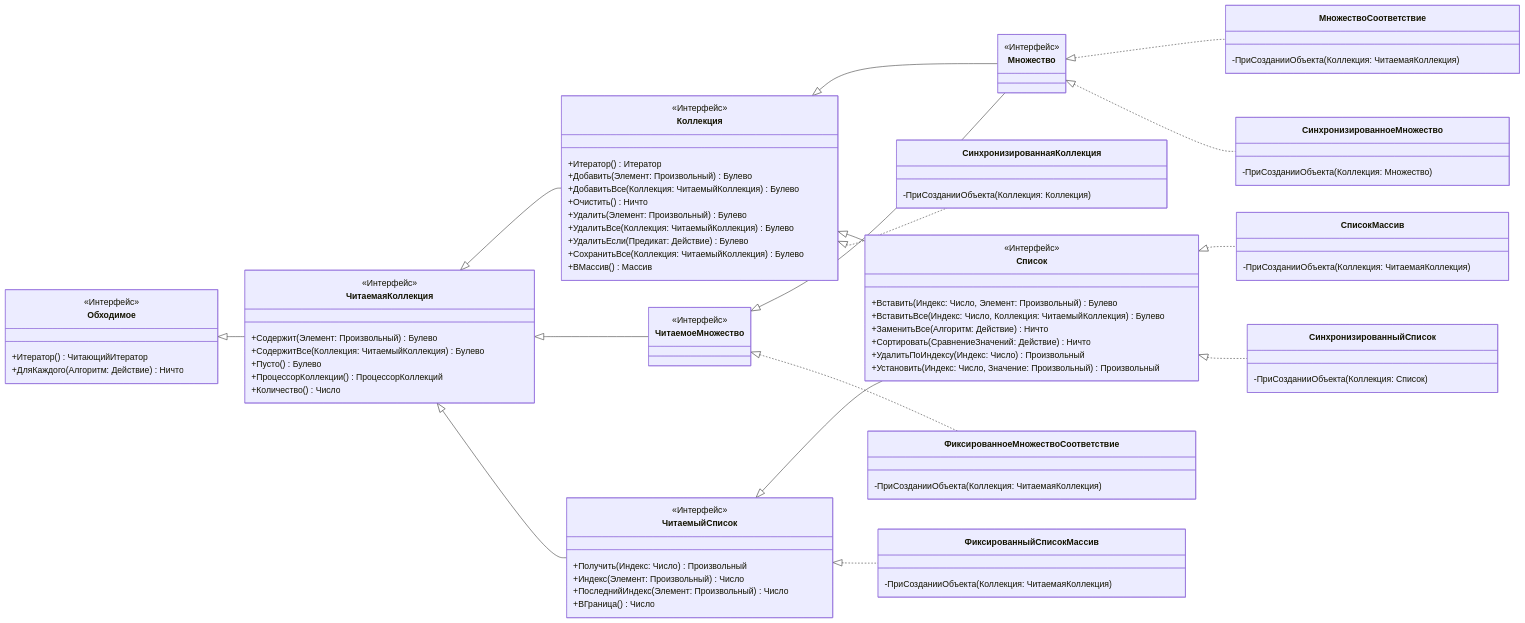
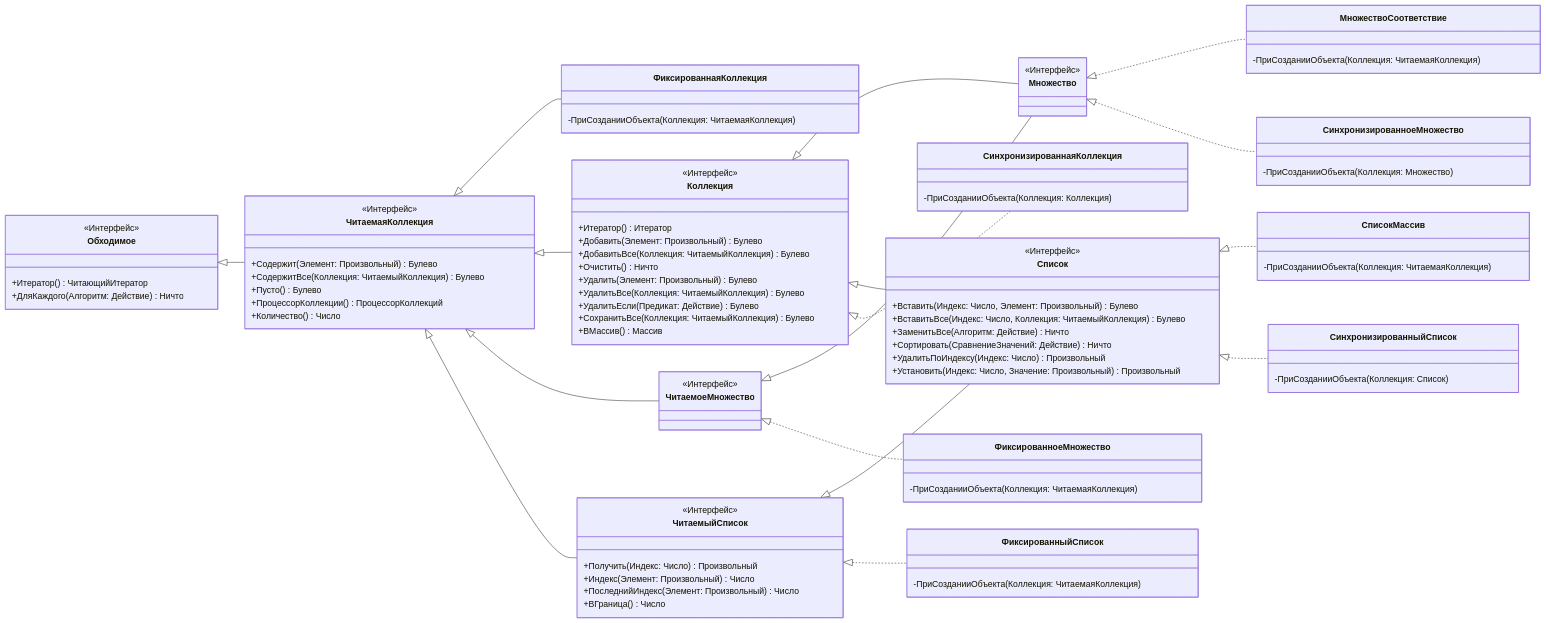
One commit to sfaqer/collectionos changed the first of 3 diagrams in README.md. Above: the diagram before and after it, drawn with Mermaid. The commit also changed other lines of this file and 29 other files, not shown here.

```diff
--- a/README.md
+++ b/README.md
@@ -90,7 +90,11 @@
     +Установить(Индекс: Число, Значение: Произвольный) Произвольный
 }
 
-class ФиксированноеМножествоСоответствие {
+class ФиксированнаяКоллекция {
+    -ПриСозданииОбъекта(Коллекция: ЧитаемаяКоллекция)
+}
+
+class ФиксированноеМножество {
     -ПриСозданииОбъекта(Коллекция: ЧитаемаяКоллекция)
 }
 
@@ -98,7 +102,7 @@
     -ПриСозданииОбъекта(Коллекция: ЧитаемаяКоллекция)
 }
 
-class ФиксированныйСписокМассив {
+class ФиксированныйСписок {
     -ПриСозданииОбъекта(Коллекция: ЧитаемаяКоллекция)
 }
 
@@ -120,6 +124,8 @@
 
 Обходимое <|-- ЧитаемаяКоллекция
 
+ЧитаемаяКоллекция <|-- ФиксированнаяКоллекция
+
 ЧитаемаяКоллекция <|-- Коллекция
 
 ЧитаемаяКоллекция <|-- ЧитаемоеМножество
@@ -134,11 +140,11 @@
 
 Коллекция <|.. СинхронизированнаяКоллекция
 
-ЧитаемоеМножество <|.. ФиксированноеМножествоСоответствие
+ЧитаемоеМножество <|.. ФиксированноеМножество
 Множество <|.. МножествоСоответствие
 Множество <|.. СинхронизированноеМножество
 
-ЧитаемыйСписок <|.. ФиксированныйСписокМассив
+ЧитаемыйСписок <|.. ФиксированныйСписок
 Список <|.. СписокМассив
 Список <|.. СинхронизированныйСписок
 
```
